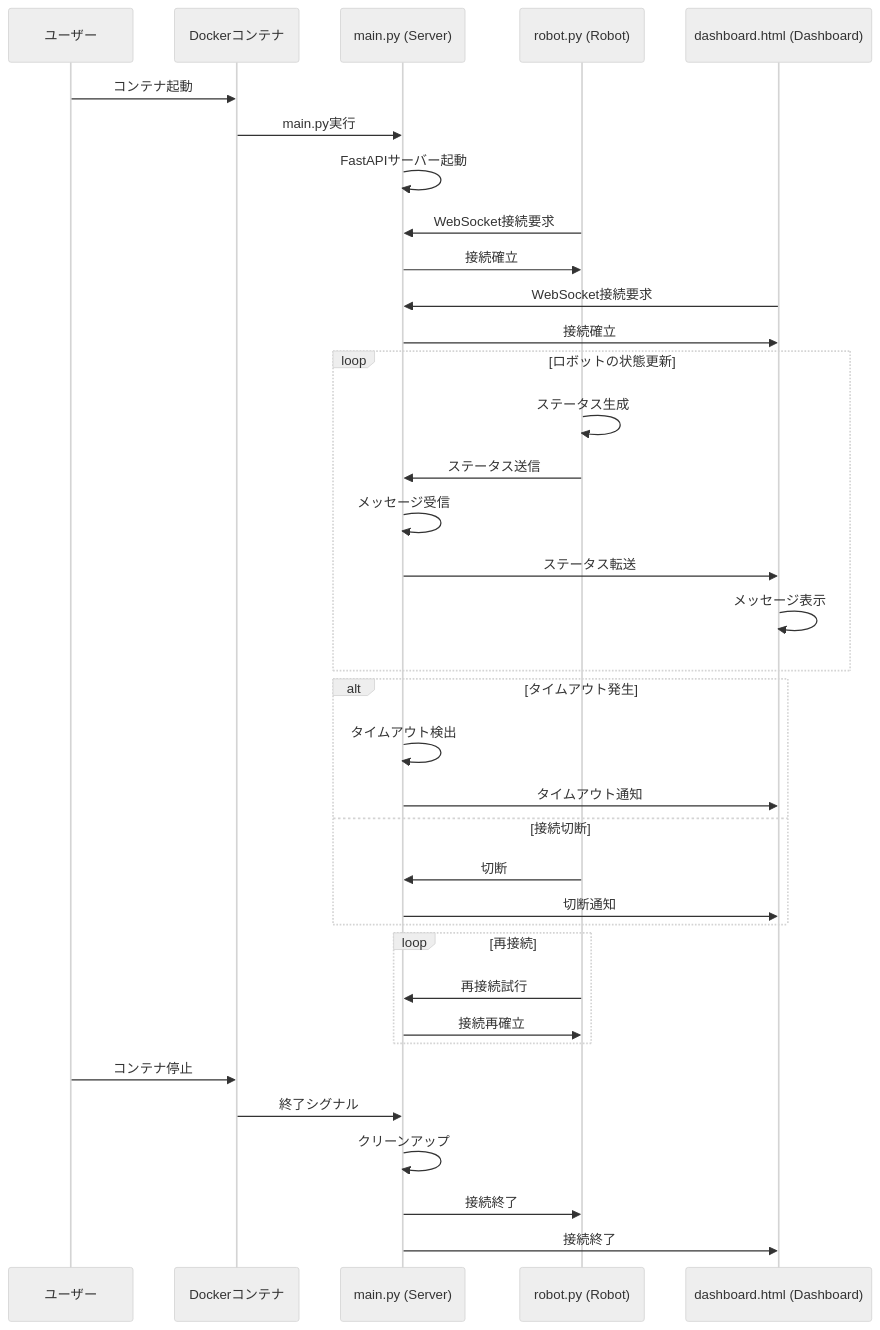
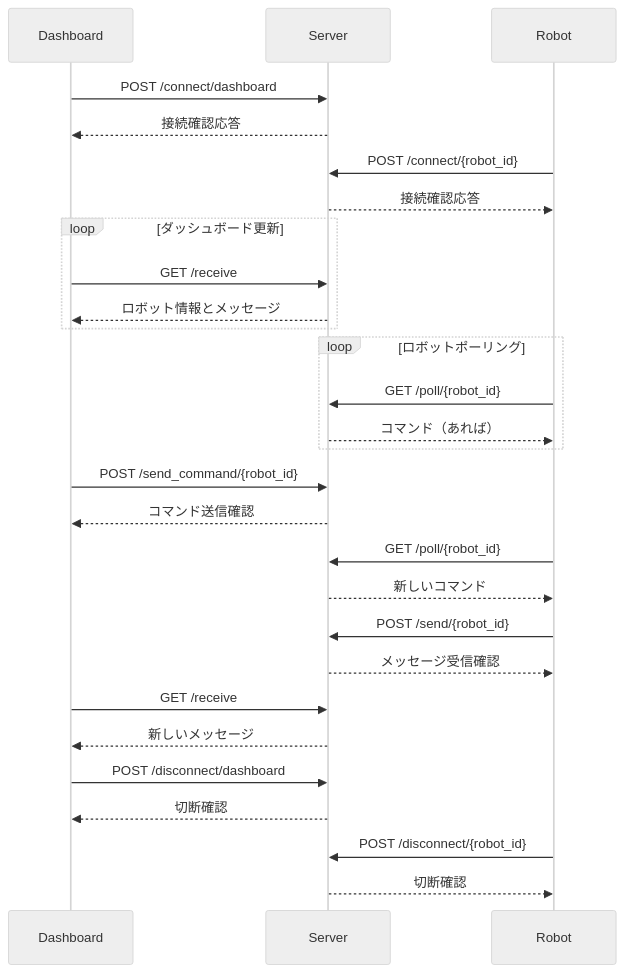
One commit to CMU-cabot/cabot-dashboard changed the second of 2 diagrams in README.md. Above: the diagram before and after it, drawn with Mermaid (neutral theme). The commit also changed other lines of this file and 11 other files, not shown here.

````diff
--- a/README.md
+++ b/README.md
@@ -89,44 +80,40 @@
 ``` mermaid
 sequenceDiagram
-    participant User as ユーザー
-    participant Docker as Dockerコンテナ
-    participant Server as main.py (Server)
-    participant Robot as robot.py (Robot)
-    participant Dashboard as dashboard.html (Dashboard)
+    participant Dashboard
+    participant Server
+    participant Robot
 
-    User->>Docker: コンテナ起動
-    Docker->>Server: main.py実行
-    Server->>Server: FastAPIサーバー起動
+    Dashboard->>Server: POST /connect/dashboard
+    Server-->>Dashboard: 接続確認応答
 
-    Robot->>Server: WebSocket接続要求
-    Server->>Robot: 接続確立
-    Dashboard->>Server: WebSocket接続要求
-    Server->>Dashboard: 接続確立
+    Robot->>Server: POST /connect/{robot_id}
+    Server-->>Robot: 接続確認応答
 
-    loop ロボットの状態更新
-        Robot->>Robot: ステータス生成
-        Robot->>Server: ステータス送信
-        Server->>Server: メッセージ受信
-        Server->>Dashboard: ステータス転送
-        Dashboard->>Dashboard: メッセージ表示
+    loop ダッシュボード更新
+        Dashboard->>Server: GET /receive
+        Server-->>Dashboard: ロボット情報とメッセージ
     end
 
-    alt タイムアウト発生
-        Server->>Server: タイムアウト検出
-        Server->>Dashboard: タイムアウト通知
-    else 接続切断
-        Robot->>Server: 切断
-        Server->>Dashboard: 切断通知
+    loop ロボットポーリング
+        Robot->>Server: GET /poll/{robot_id}
+        Server-->>Robot: コマンド（あれば）
     end
 
-    loop 再接続
-        Robot->>Server: 再接続試行
-        Server->>Robot: 接続再確立
-    end
+    Dashboard->>Server: POST /send_command/{robot_id}
+    Server-->>Dashboard: コマンド送信確認
 
-    User->>Docker: コンテナ停止
-    Docker->>Server: 終了シグナル
-    Server->>Server: クリーンアップ
-    Server->>Robot: 接続終了
-    Server->>Dashboard: 接続終了
+    Robot->>Server: GET /poll/{robot_id}
+    Server-->>Robot: 新しいコマンド
+
+    Robot->>Server: POST /send/{robot_id}
+    Server-->>Robot: メッセージ受信確認
+
+    Dashboard->>Server: GET /receive
+    Server-->>Dashboard: 新しいメッセージ
+
+    Dashboard->>Server: POST /disconnect/dashboard
+    Server-->>Dashboard: 切断確認
+
+    Robot->>Server: POST /disconnect/{robot_id}
+    Server-->>Robot: 切断確認
 ```
````
